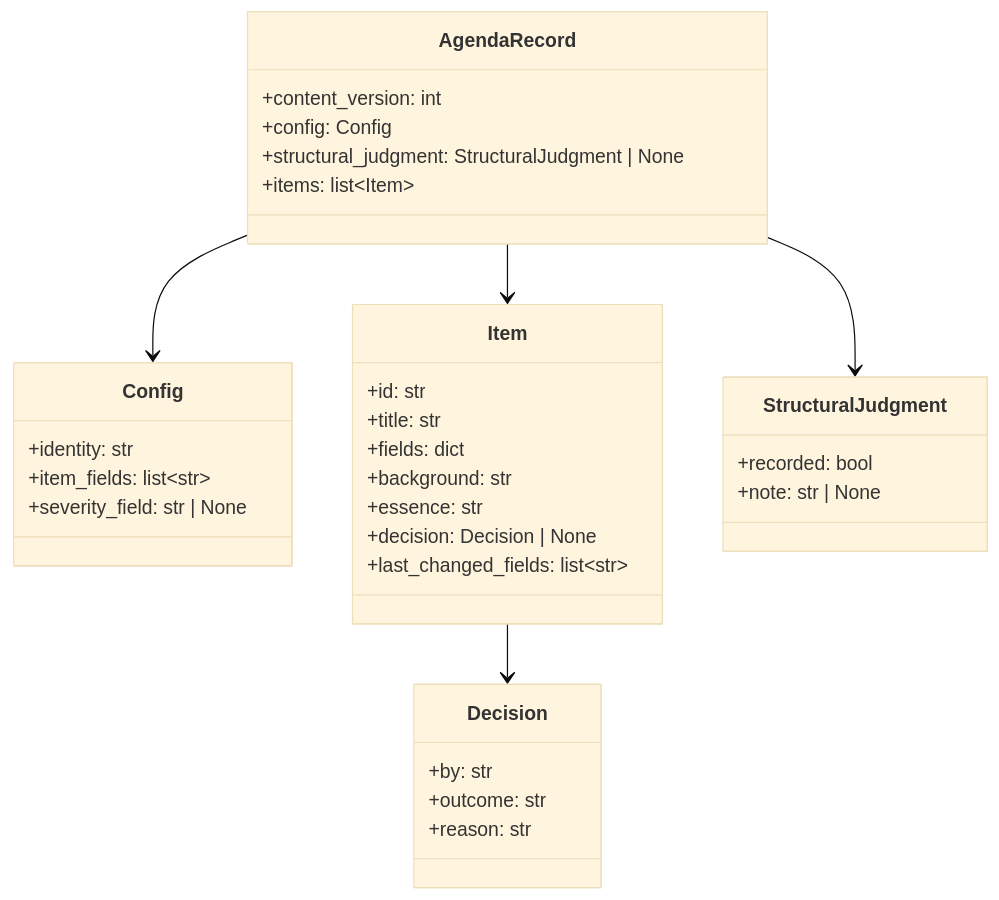
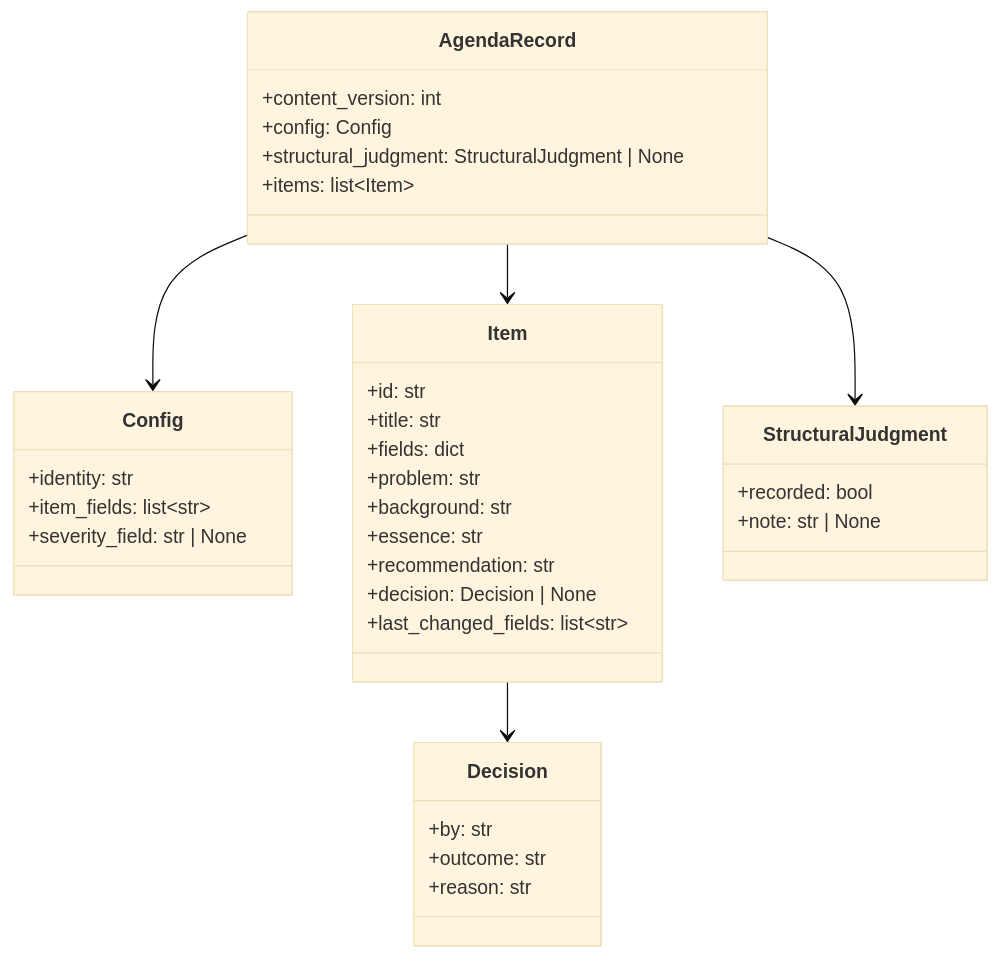
Before and after one commit to BlueEventHorizon/bw-cc-plugins: the second of 3 diagrams in docs/specs/consult/agenda/design/DES-075_agenda_mechanism_design.md, drawn with Mermaid (base theme). The commit also changed other lines of this file and 9 other files, not shown here.

First line of the commit message:
feat(agenda): 表示の自動追従を復活させ、テンプレート刷新と problem/recommendation 追加を行う

````diff
--- a/docs/specs/consult/agenda/design/DES-075_agenda_mechanism_design.md
+++ b/docs/specs/consult/agenda/design/DES-075_agenda_mechanism_design.md
@@ -51,36 +51,38 @@
 ```mermaid
 classDiagram
     class AgendaRecord {
         +content_version: int
         +config: Config
         +structural_judgment: StructuralJudgment | None
         +items: list~Item~
     }
     class Config {
         +identity: str
         +item_fields: list~str~
         +severity_field: str | None
     }
     class Item {
         +id: str
         +title: str
         +fields: dict
+        +problem: str
         +background: str
         +essence: str
+        +recommendation: str
         +decision: Decision | None
         +last_changed_fields: list~str~
     }
     class Decision {
         +by: str
         +outcome: str
         +reason: str
     }
     class StructuralJudgment {
         +recorded: bool
         +note: str | None
     }
     AgendaRecord --> Config
     AgendaRecord --> Item
     AgendaRecord --> StructuralJudgment
     Item --> Decision
 ```
````
